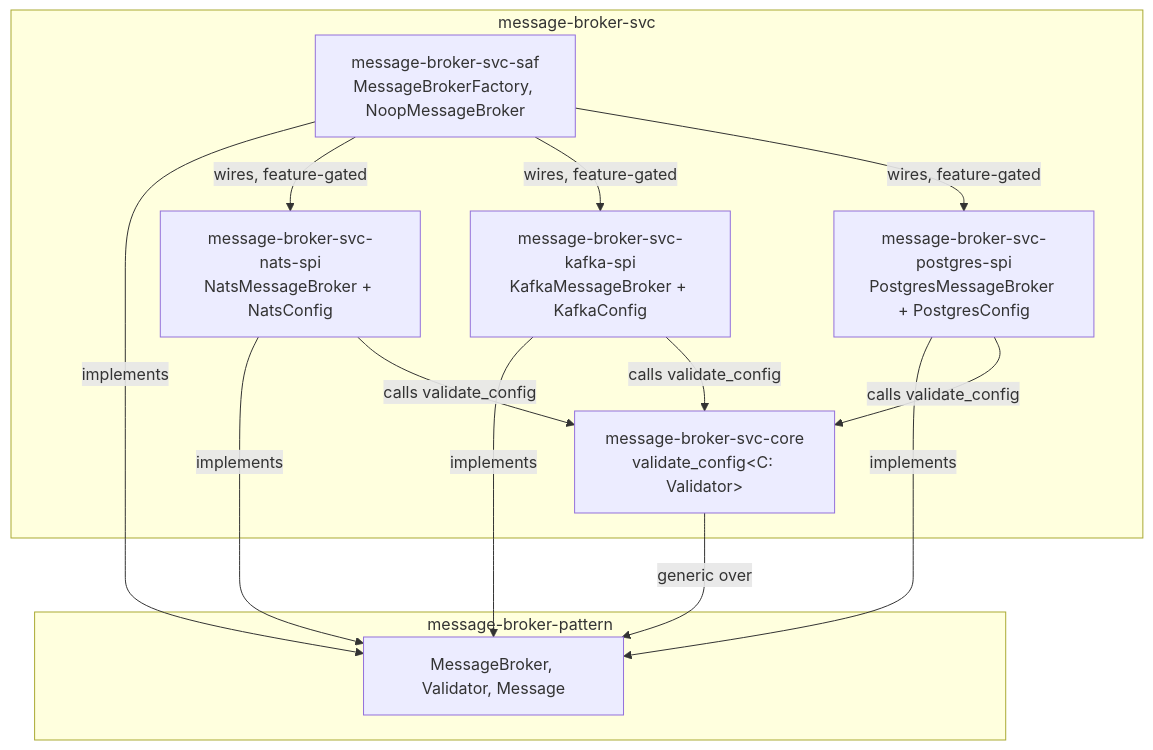
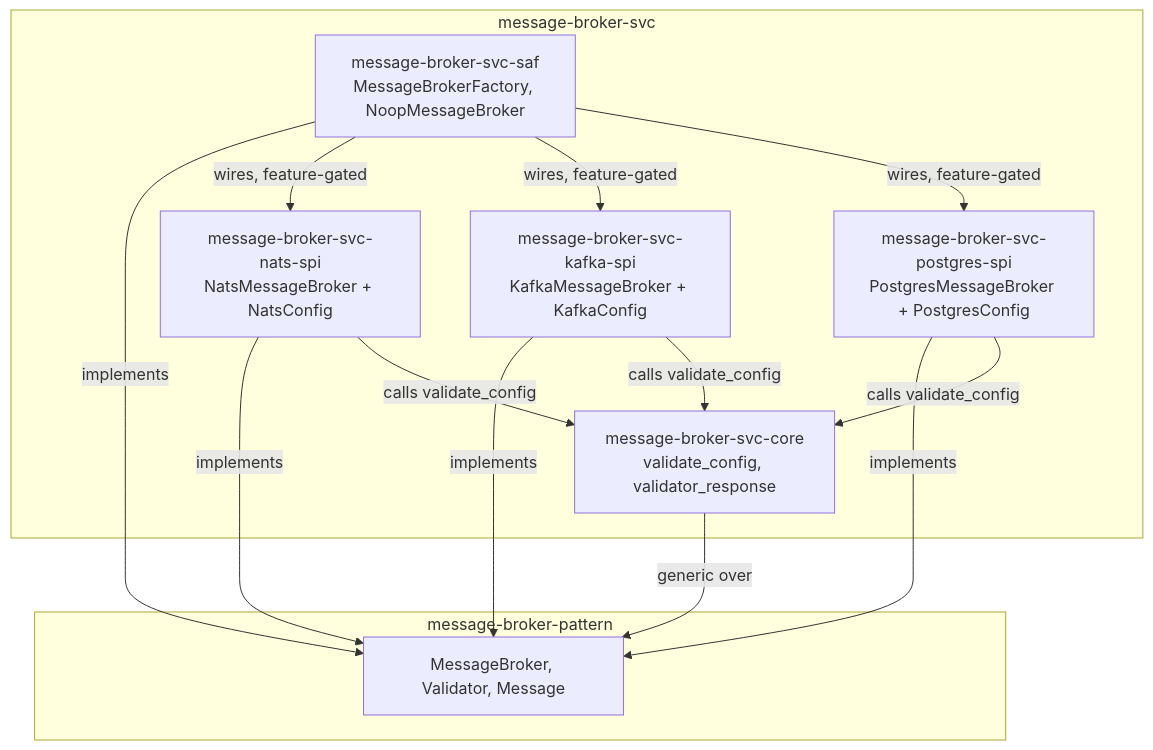
The diagram in docs/3-design/architecture.md (sweengineeringlabs/message-broker-svc), drawn with Mermaid before and after one commit. The commit also changed other lines of this file and 11 other files, not shown here.

First line of the commit message:
refactor: extract validator_response, unify factory constructors to Box<dyn MessageBroker>

````diff
--- a/docs/3-design/architecture.md
+++ b/docs/3-design/architecture.md
@@ -84,28 +98,28 @@
 ```mermaid
 flowchart TD
     subgraph pattern["message-broker-pattern"]
         contract["MessageBroker, Validator, Message"]
     end
 
     subgraph svc["message-broker-svc"]
-        core["message-broker-svc-core<br/>validate_config&lt;C: Validator&gt;"]
+        core["message-broker-svc-core<br/>validate_config, validator_response"]
         saf["message-broker-svc-saf<br/>MessageBrokerFactory, NoopMessageBroker"]
         nats["message-broker-svc-nats-spi<br/>NatsMessageBroker + NatsConfig"]
         kafka["message-broker-svc-kafka-spi<br/>KafkaMessageBroker + KafkaConfig"]
         postgres["message-broker-svc-postgres-spi<br/>PostgresMessageBroker + PostgresConfig"]
 
         nats -->|implements| contract
         kafka -->|implements| contract
         postgres -->|implements| contract
         saf -->|implements| contract
         core -->|generic over| contract
 
         nats -->|calls validate_config| core
         kafka -->|calls validate_config| core
         postgres -->|calls validate_config| core
 
         saf -->|wires, feature-gated| nats
         saf -->|wires, feature-gated| kafka
         saf -->|wires, feature-gated| postgres
     end
 ```
````
